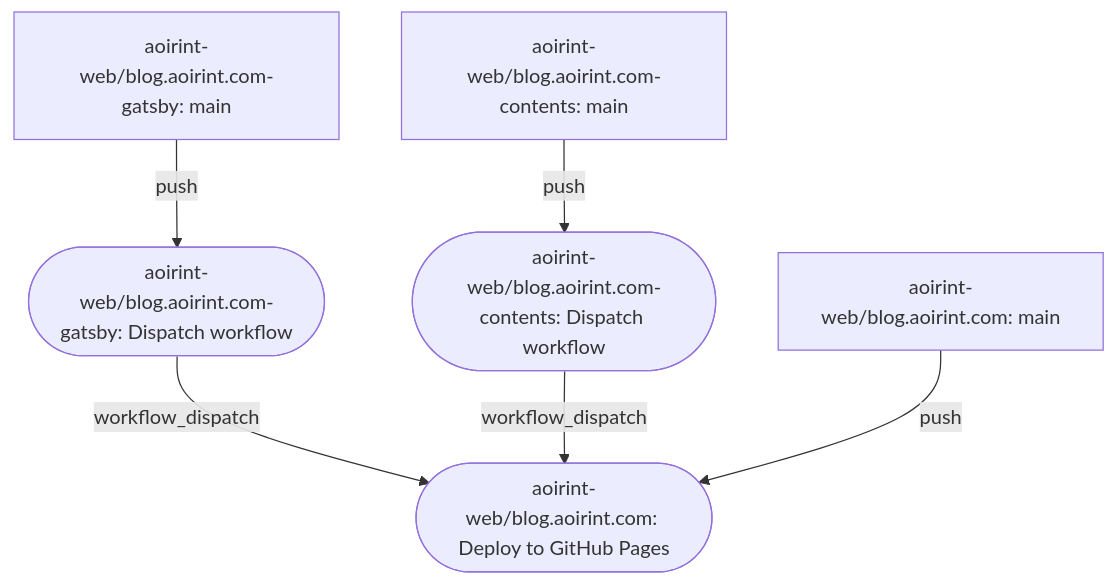
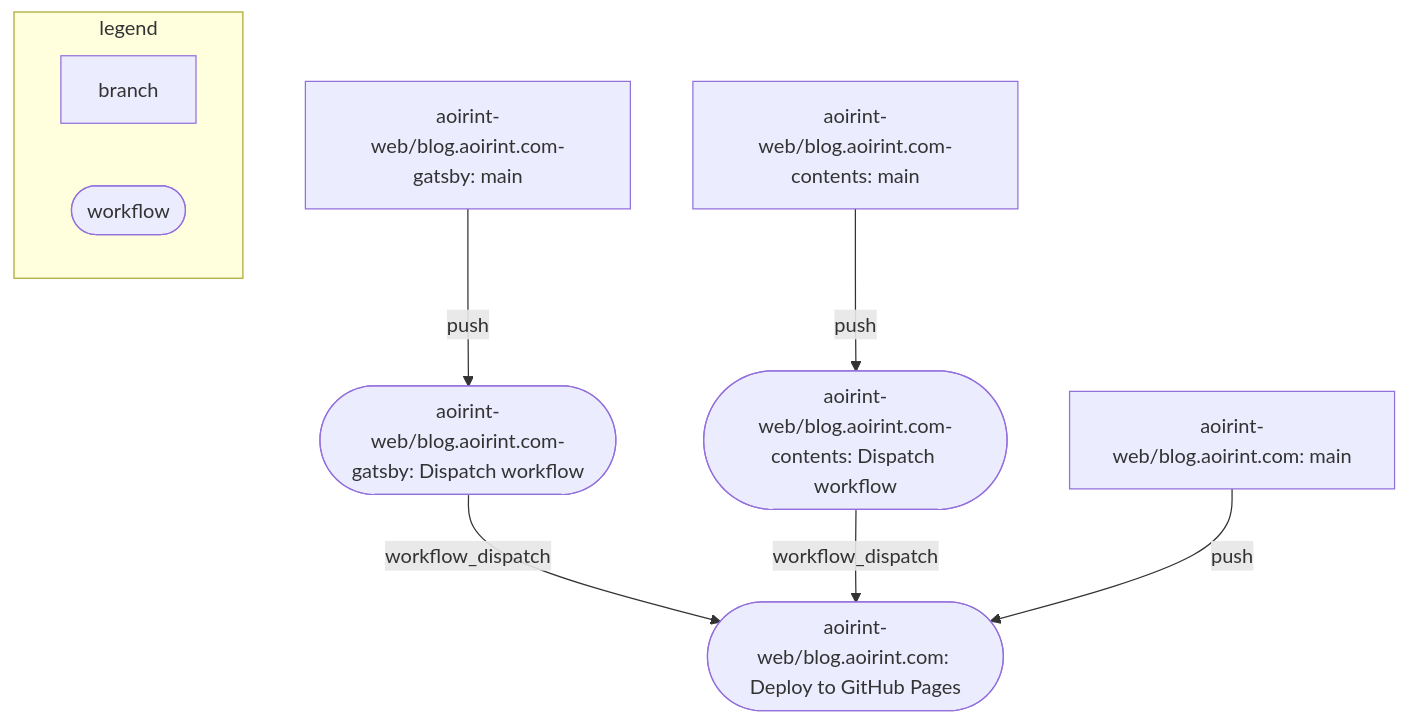
One commit to aoirint/aoirint-blog-deploy changed the diagram in README.md. Above: the diagram before and after it, drawn with Mermaid.

````diff
--- a/README.md
+++ b/README.md
@@ -9,8 +9,12 @@
 ```mermaid
-graph TD;
+flowchart TD
+    subgraph legend
+        branch
+        workflow([workflow])
+    end
     gatsby[aoirint-web/blog.aoirint.com-gatsby: main]--push-->gatsby-dispatch
     gatsby-dispatch([aoirint-web/blog.aoirint.com-gatsby: Dispatch workflow])--workflow_dispatch-->deploy([aoirint-web/blog.aoirint.com: Deploy to GitHub Pages])
     contents[aoirint-web/blog.aoirint.com-contents: main]--push-->contents-dispatch
     contents-dispatch([aoirint-web/blog.aoirint.com-contents: Dispatch workflow])--workflow_dispatch-->deploy
     this[aoirint-web/blog.aoirint.com: main]--push-->deploy
 ```
````
